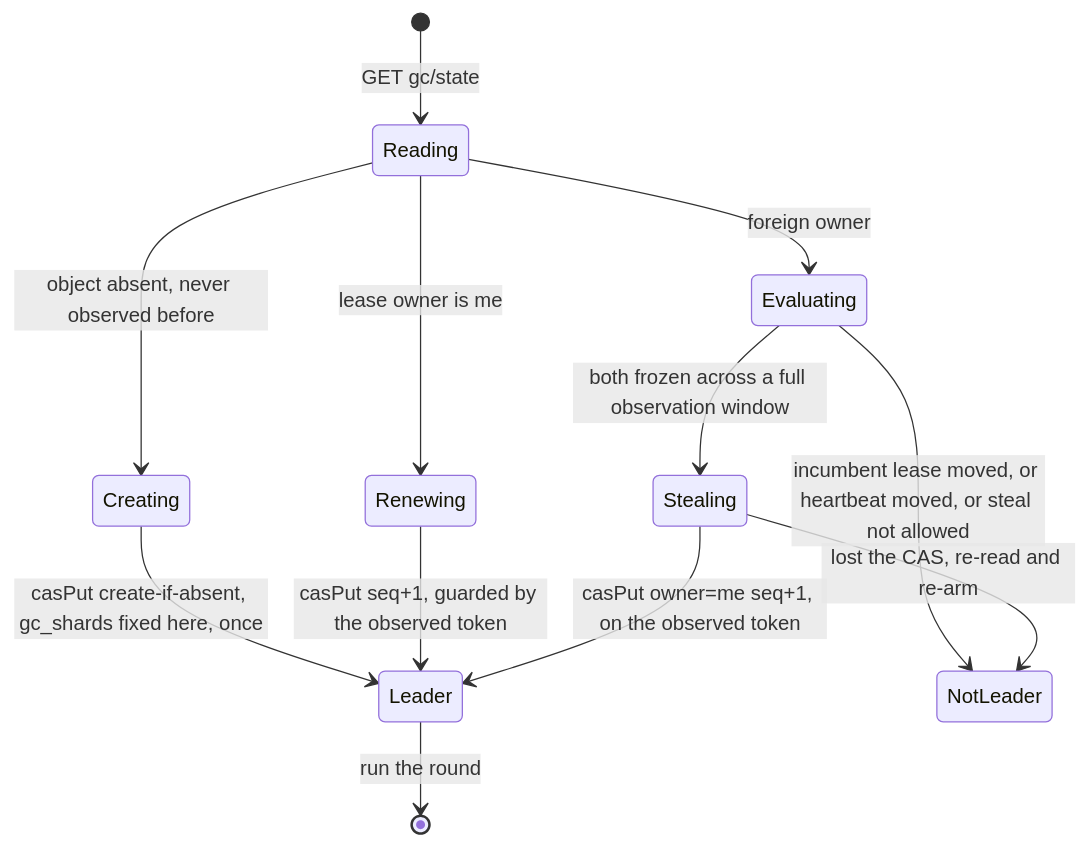
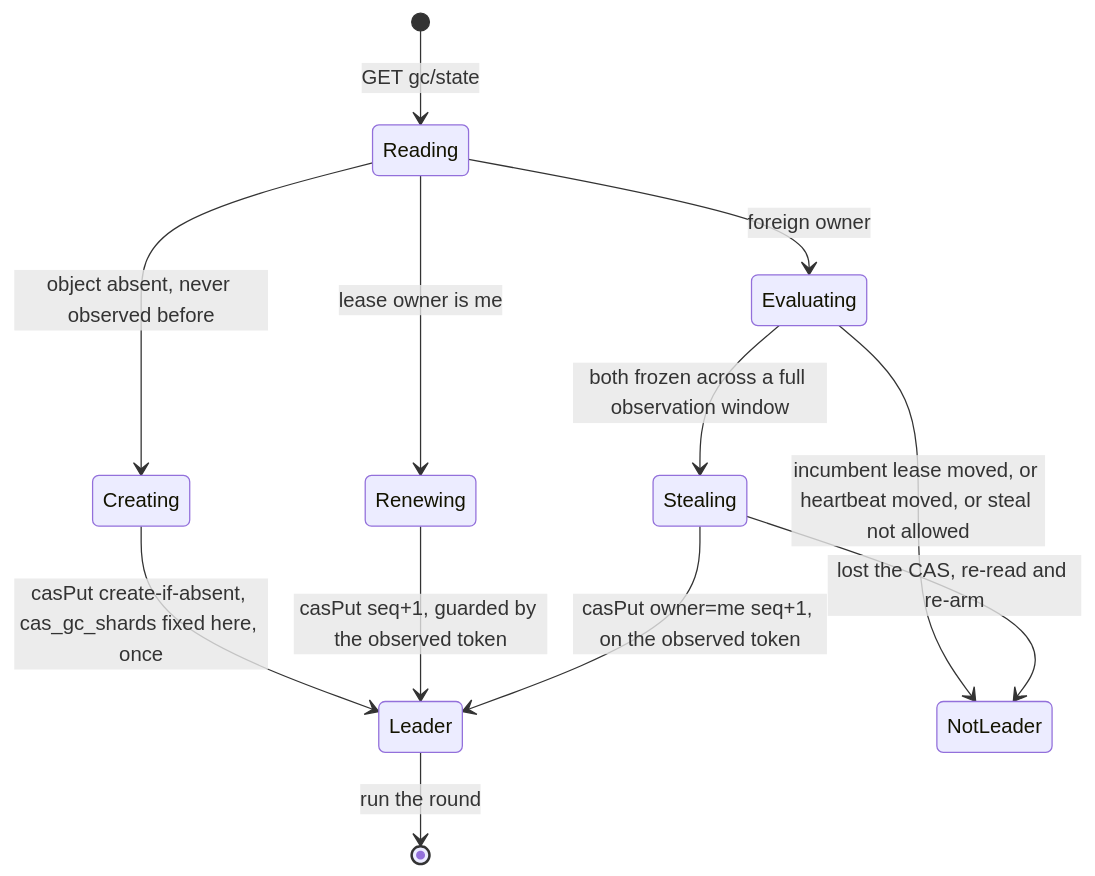
The first of 3 diagrams in docs/en/antalya/cas/architecture/garbage-collection.md (Altinity/ClickHouse), drawn with Mermaid before and after one commit. The commit also changed other lines of this file and 10 other files, not shown here.

````diff
--- a/docs/en/antalya/cas/architecture/garbage-collection.md
+++ b/docs/en/antalya/cas/architecture/garbage-collection.md
@@ -27,14 +27,14 @@
 ```mermaid
 stateDiagram-v2
     [*] --> Reading: GET gc/state
     Reading --> Creating: object absent, never observed before
-    Creating --> Leader: casPut create-if-absent, gc_shards fixed here, once
+    Creating --> Leader: casPut create-if-absent, cas_gc_shards fixed here, once
     Reading --> Renewing: lease owner is me
     Renewing --> Leader: casPut seq+1, guarded by the observed token
     Reading --> Evaluating: foreign owner
     Evaluating --> NotLeader: incumbent lease moved, or heartbeat moved, or steal not allowed
     Evaluating --> Stealing: both frozen across a full observation window
     Stealing --> Leader: casPut owner=me seq+1, on the observed token
     Stealing --> NotLeader: lost the CAS, re-read and re-arm
     Leader --> [*]: run the round
 ```
````
